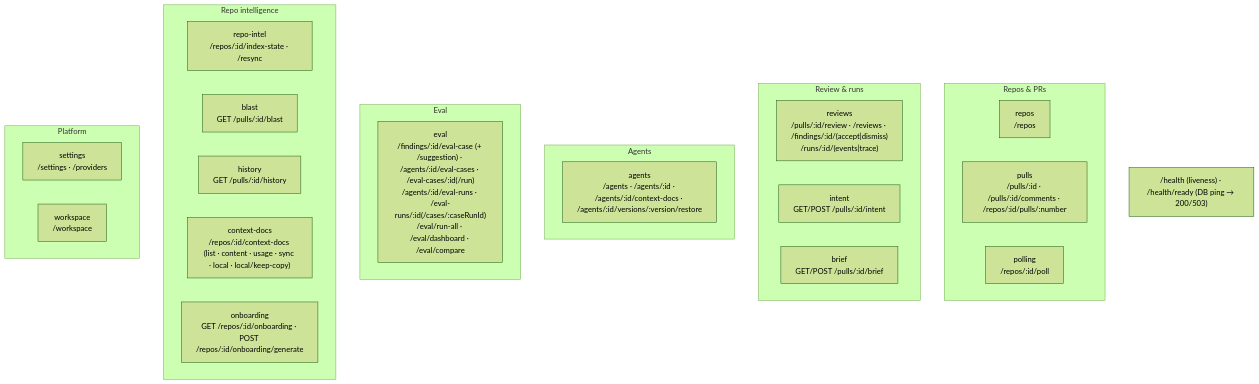
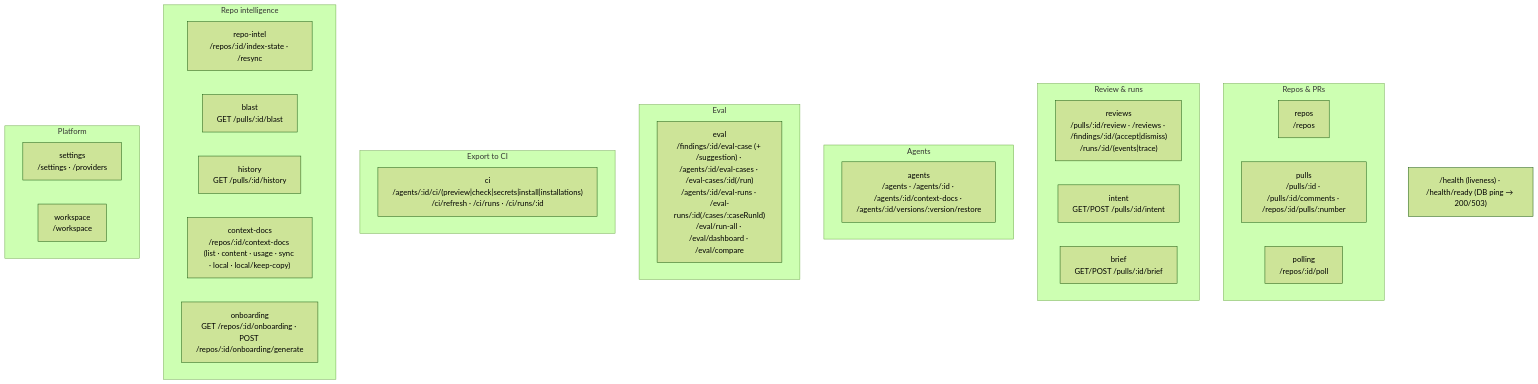
One commit to BalakaMd/dev-digest changed the second of 2 diagrams in server/README.md. Above: the diagram before and after it, drawn with Mermaid (forest theme). The commit also changed other lines of this file and 130 other files, not shown here.

First line of the commit message:
feat(ci): Export to CI — agent manifest, export wizard, CI runs

````diff
--- a/server/README.md
+++ b/server/README.md
@@ -64,31 +64,34 @@
 ```mermaid
 flowchart TB
   subgraph Repos_PRs["Repos & PRs"]
     repos["repos<br/>/repos"]
     pulls["pulls<br/>/pulls/:id · /pulls/:id/comments · /repos/:id/pulls/:number"]
     polling["polling<br/>/repos/:id/poll"]
   end
   subgraph Review["Review & runs"]
     reviews["reviews<br/>/pulls/:id/review · /reviews · /findings/:id/(accept|dismiss)<br/>/runs/:id/(events|trace)"]
     intent["intent<br/>GET/POST /pulls/:id/intent"]
     brief["brief<br/>GET/POST /pulls/:id/brief"]
   end
   subgraph Agents["Agents"]
     agents["agents<br/>/agents · /agents/:id · /agents/:id/context-docs · /agents/:id/versions/:version/restore"]
   end
   subgraph Eval["Eval"]
     evalMod["eval<br/>/findings/:id/eval-case (+ /suggestion) · /agents/:id/eval-cases · /eval-cases/:id(/run)<br/>/agents/:id/eval-runs · /eval-runs/:id(/cases/:caseRunId)<br/>/eval/run-all · /eval/dashboard · /eval/compare"]
   end
+  subgraph CI["Export to CI"]
+    ciMod["ci<br/>/agents/:id/ci/(preview|check|secrets|install|installations)<br/>/ci/refresh · /ci/runs · /ci/runs/:id"]
+  end
   subgraph Intel["Repo intelligence"]
     repoIntel["repo-intel<br/>/repos/:id/index-state · /resync"]
     blast["blast<br/>GET /pulls/:id/blast"]
     history["history<br/>GET /pulls/:id/history"]
     contextDocs["context-docs<br/>/repos/:id/context-docs (list · content · usage · sync · local · local/keep-copy)"]
     onboarding["onboarding<br/>GET /repos/:id/onboarding · POST /repos/:id/onboarding/generate"]
   end
   subgraph Platform["Platform"]
     settings["settings<br/>/settings · /providers"]
     workspace["workspace<br/>/workspace"]
   end
   HEALTH["/health (liveness) · /health/ready (DB ping → 200/503)"]
 ```
````
